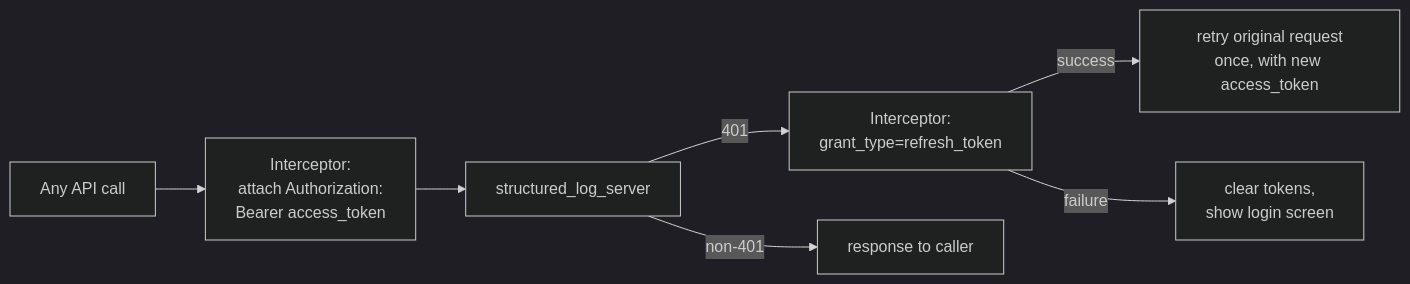
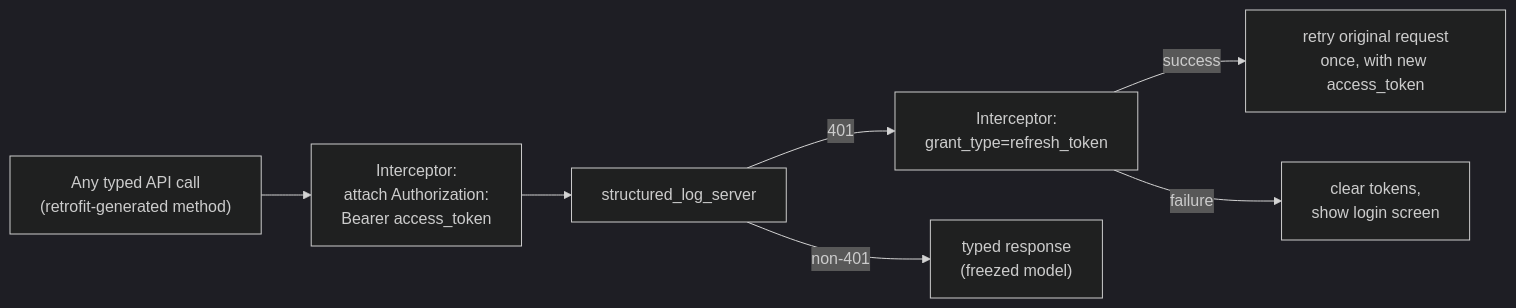
One commit to pese-git/structured_log changed the second of 3 diagrams in docs/architecture/admin-client.md. Above: the diagram before and after it, drawn with Mermaid (dark theme). The commit also changed other lines of this file and 8 other files, not shown here.

First line of the commit message:
docs: adopt fpdart/freezed/cherrypick/bloc/retrofit/fluent_ui tech stack

````diff
--- a/docs/architecture/admin-client.md
+++ b/docs/architecture/admin-client.md
@@ -36,9 +84,9 @@
 ```mermaid
 flowchart LR
-    Req["Any API call"] --> I1["Interceptor:\nattach Authorization:\nBearer access_token"]
+    Req["Any typed API call\n(retrofit-generated method)"] --> I1["Interceptor:\nattach Authorization:\nBearer access_token"]
     I1 --> Srv["structured_log_server"]
     Srv -->|401| I2["Interceptor:\ngrant_type=refresh_token"]
     I2 -->|success| Retry["retry original request\nonce, with new access_token"]
     I2 -->|failure| Logout["clear tokens,\nshow login screen"]
-    Srv -->|non-401| Resp["response to caller"]
+    Srv -->|non-401| Resp["typed response\n(freezed model)"]
 ```
````
